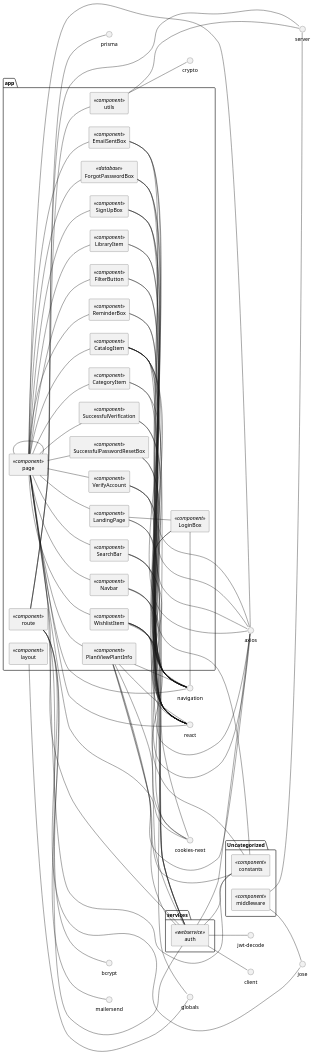
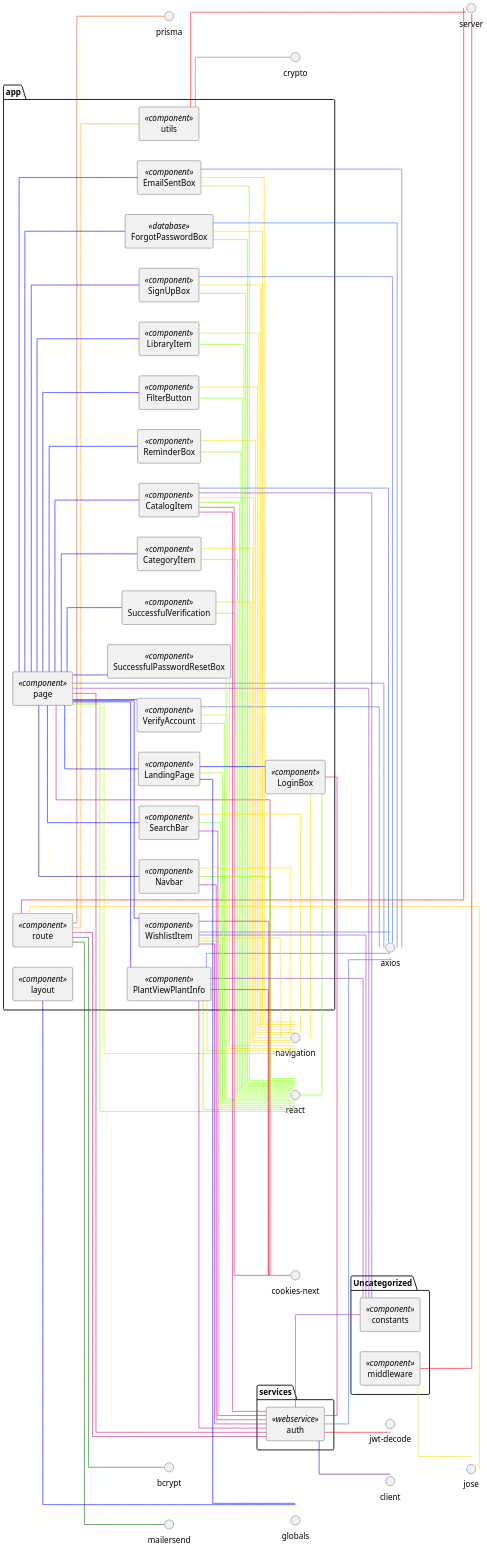
Before and after one commit to mouhammedfakhro/myhappyplants: the diagram in component-diagram.puml, drawn with PlantUML.

Commit message:
puml file update
Updated puml file

```diff
--- a/component-diagram.puml
+++ b/component-diagram.puml
@@ -1,157 +1,156 @@
 @startuml
 skinparam componentStyle rectangle
+skinparam dpi 150
+skinparam linetype ortho
 left to right direction
+
 package app {
   component route <<component>>
-  component route <<component>>
-  component route <<component>>
-  component route <<component>>
-  component route <<component>>
-  component route <<component>>
-  component route <<component>>
-  component route <<component>>
-  component route <<component>>
-  component route <<component>>
-  component route <<component>>
-  component route <<component>>
-  component route <<component>>
-  component page <<component>>
   component page <<component>>
   component EmailSentBox <<component>>
   component ForgotPasswordBox <<database>>
   component LoginBox <<component>>
   component SignUpBox <<component>>
   component SuccessfulPasswordResetBox <<component>>
   component SuccessfulVerification <<component>>
   component VerifyAccount <<component>>
   component CatalogItem <<component>>
   component CategoryItem <<component>>
   component ReminderBox <<component>>
   component FilterButton <<component>>
   component LibraryItem <<component>>
   component Navbar <<component>>
   component PlantViewPlantInfo <<component>>
   component SearchBar <<component>>
   component WishlistItem <<component>>
-  component page <<component>>
-  component page <<component>>
   component LandingPage <<component>>
   component layout <<component>>
-  component page <<component>>
-  component page <<component>>
-  component page <<component>>
-  component page <<component>>
-  component page <<component>>
-  component page <<component>>
-  component page <<component>>
-  component page <<component>>
-  component page <<component>>
   component utils <<component>>
-  component page <<component>>
-  component page <<component>>
-  component page <<component>>
 }
 
 package Uncategorized {
   component constants <<component>>
   component middleware <<component>>
 }
 
 package services {
   component auth <<webservice>>
 }
 
-route -- server
-route -- prisma
-route -- auth
-route -- jose
-route -- utils
-route -- bcrypt
-route -- mailersend
-page -- react
-page -- navigation
-page -- Navbar
-page -- auth
-page -- axios
-page -- "cookies-next"
-page -- constants
-EmailSentBox -- react
-EmailSentBox -- navigation
-EmailSentBox -- axios
-ForgotPasswordBox -- react
-ForgotPasswordBox -- navigation
-ForgotPasswordBox -- axios
-LoginBox -- react
-LoginBox -- navigation
-LoginBox -- auth
-SignUpBox -- react
-SignUpBox -- navigation
-SignUpBox -- axios
-SuccessfulPasswordResetBox -- react
-SuccessfulPasswordResetBox -- navigation
-SuccessfulVerification -- react
-SuccessfulVerification -- navigation
-VerifyAccount -- react
-VerifyAccount -- navigation
-VerifyAccount -- axios
-CatalogItem -- react
-CatalogItem -- navigation
-CatalogItem -- auth
-CatalogItem -- axios
-CatalogItem -- "cookies-next"
-CatalogItem -- constants
-CategoryItem -- react
-CategoryItem -- navigation
-ReminderBox -- react
-ReminderBox -- navigation
-FilterButton -- react
-FilterButton -- navigation
-LibraryItem -- react
-LibraryItem -- navigation
-Navbar -- react
-Navbar -- navigation
-Navbar -- auth
-PlantViewPlantInfo -- react
-PlantViewPlantInfo -- navigation
-PlantViewPlantInfo -- auth
-PlantViewPlantInfo -- axios
-PlantViewPlantInfo -- "cookies-next"
-PlantViewPlantInfo -- constants
-SearchBar -- react
-SearchBar -- navigation
-SearchBar -- auth
-WishlistItem -- react
-WishlistItem -- navigation
-WishlistItem -- auth
-WishlistItem -- axios
-WishlistItem -- "cookies-next"
-WishlistItem -- constants
-page -- SearchBar
-page -- CategoryItem
-page -- CatalogItem
-page -- LibraryItem
-page -- ReminderBox
-LandingPage -- globals
-LandingPage -- react
-LandingPage -- LoginBox
-layout -- globals
-page -- FilterButton
-page -- LandingPage
-page -- page
-page -- EmailSentBox
-page -- SuccessfulPasswordResetBox
-page -- ForgotPasswordBox
-page -- PlantViewPlantInfo
-page -- SignUpBox
-utils -- server
-utils -- crypto
-page -- VerifyAccount
-page -- SuccessfulVerification
-page -- WishlistItem
-middleware -- server
-middleware -- jose
-auth -- axios
-auth -- client
-auth -- constants
-auth -- "jwt-decode"
+route -[#ff0000]- server
+route -[#ff4500]- prisma
+route -[#C71585]- auth
+route -[#ffd700]- jose  
+route -[#ffa500]- utils
+route -[#008000]- bcrypt
+route -[#006400]- mailersend
+
+page -[#7fff00]- react
+page -[#ffd700]- navigation
+page -[#00008b]- Navbar
+page -[#C71585]- auth
+page -[#4169e1]- axios
+page -[#dc143c]- "cookies-next"
+page -[#9932cc]- constants
+
+EmailSentBox -[#7fff00]- react
+EmailSentBox -[#ffd700]- navigation
+EmailSentBox -[#4169e1]- axios
+
+ForgotPasswordBox -[#7fff00]- react
+ForgotPasswordBox -[#ffd700]- navigation
+ForgotPasswordBox -[#4169e1]- axios
+
+LoginBox -[#7fff00]- react
+LoginBox -[#ffd700]- navigation
+LoginBox -[#C71585]- auth
+
+SignUpBox -[#7fff00]- react
+SignUpBox -[#ffd700]- navigation
+SignUpBox -[#4169e1]- axios
+
+SuccessfulPasswordResetBox -[#7fff00]- react
+SuccessfulPasswordResetBox -[#ffd700]- navigation
+
+SuccessfulVerification -[#7fff00]- react
+SuccessfulVerification -[#ffd700]- navigation
+
+VerifyAccount -[#7fff00]- react
+VerifyAccount -[#ffd700]- navigation
+VerifyAccount -[#4169e1]- axios
+
+CatalogItem -[#7fff00]- react
+CatalogItem -[#ffd700]- navigation
+CatalogItem -[#C71585]- auth
+CatalogItem -[#4169e1]- axios
+CatalogItem -[#dc143c]- "cookies-next"
+CatalogItem -[#9932cc]- constants
+
+CategoryItem -[#7fff00]- react
+CategoryItem -[#ffd700]- navigation
+
+ReminderBox -[#7fff00]- react
+ReminderBox -[#ffd700]- navigation
+
+FilterButton -[#7fff00]- react
+FilterButton -[#ffd700]- navigation
+
+LibraryItem -[#7fff00]- react
+LibraryItem -[#ffd700]- navigation
+
+Navbar -[#7fff00]- react
+Navbar -[#ffd700]- navigation
+Navbar -[#C71585]- auth
+
+PlantViewPlantInfo -[#7fff00]- react
+PlantViewPlantInfo -[#ffd700]- navigation
+PlantViewPlantInfo -[#C71585]- auth
+PlantViewPlantInfo -[#4169e1]- axios
+PlantViewPlantInfo -[#dc143c]- "cookies-next"
+PlantViewPlantInfo -[#9932cc]- constants
+
+SearchBar -[#7fff00]- react
+SearchBar -[#ffd700]- navigation
+SearchBar -[#C71585]- auth
+
+WishlistItem -[#7fff00]- react
+WishlistItem -[#ffd700]- navigation
+WishlistItem -[#C71585]- auth
+WishlistItem -[#4169e1]- axios
+WishlistItem -[#dc143c]- "cookies-next"
+WishlistItem -[#9932cc]- constants
+
+page -[#blue]- SearchBar
+page -[#blue]- CategoryItem
+page -[#blue]- CatalogItem
+page -[#blue]- LibraryItem
+page -[#blue]- ReminderBox
+LandingPage -[#blue]- globals
+LandingPage -[#7fff00]- react
+LandingPage -[#blue]- LoginBox
+
+layout -[#blue]- globals
+
+page -[#blue]- FilterButton
+page -[#blue]- LandingPage
+page -[#blue]- EmailSentBox
+page -[#blue]- SuccessfulPasswordResetBox
+page -[#blue]- ForgotPasswordBox
+page -[#blue]- PlantViewPlantInfo
+page -[#blue]- SignUpBox
+
+utils -[#ff0000]- server
+utils -[#gray]- crypto
+
+page -[#blue]- VerifyAccount
+page -[#blue]- SuccessfulVerification
+page -[#blue]- WishlistItem
+
+middleware -[#ff0000]- server
+middleware -[#ffd700]- jose
+
+auth -[#4169e1]- axios
+auth -[#4b0082]- client
+auth -[#9932cc]- constants
+auth -[#red]- "jwt-decode"
 @enduml
```
